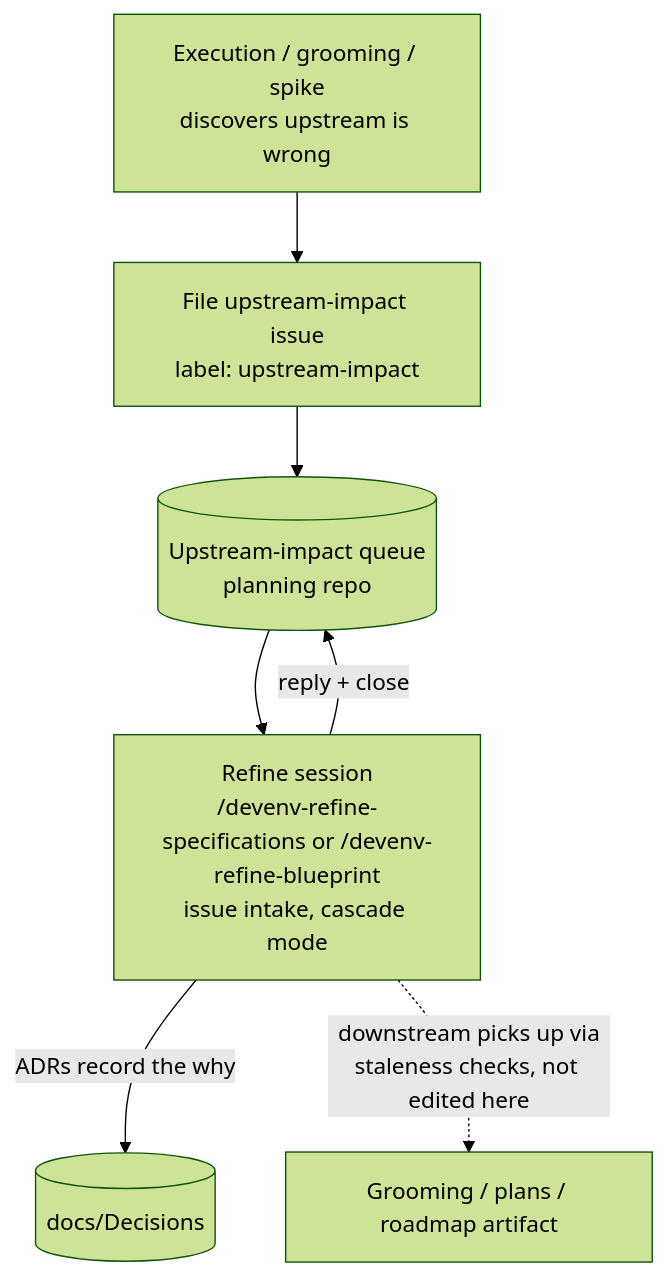
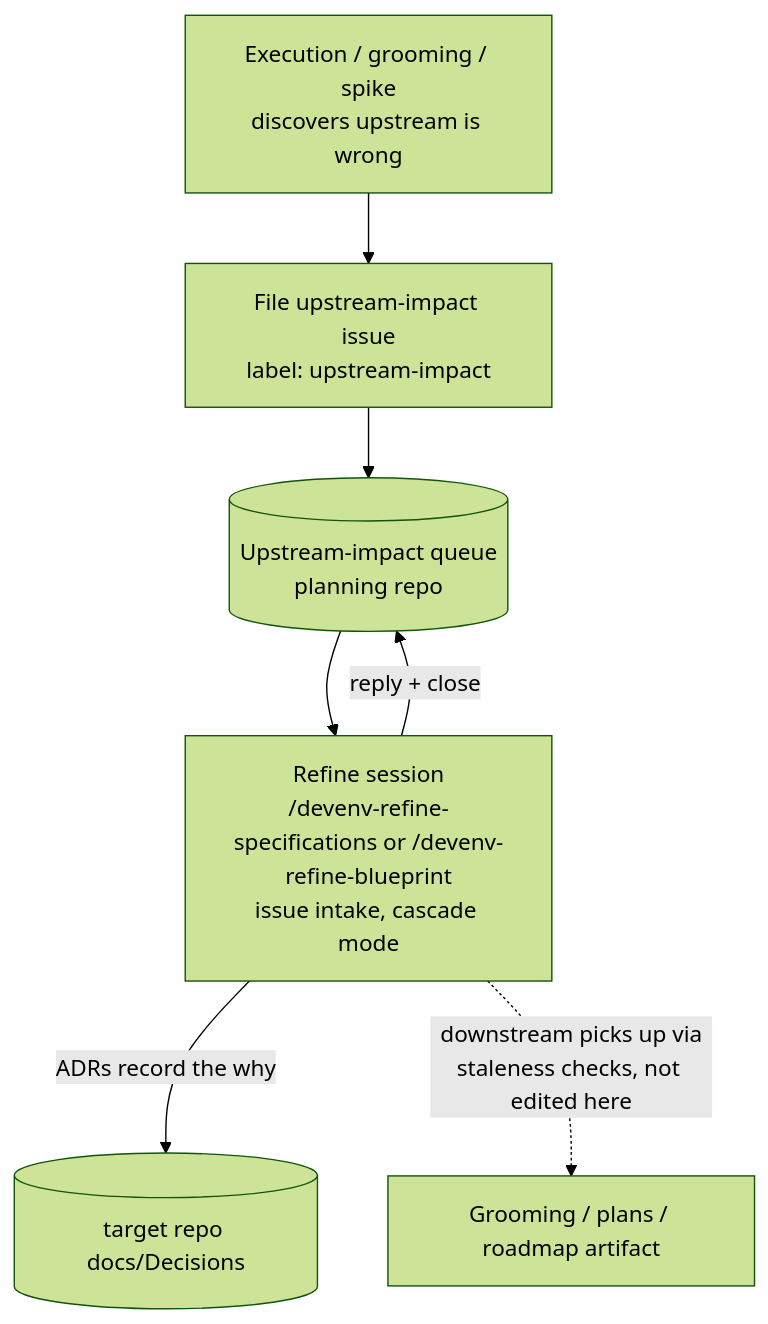
Before and after one commit to workinprogress-ai/devenv: the third of 5 diagrams in docs/Workflow.md, drawn with Mermaid (forest theme). The commit also changed other lines of this file and 81 other files, not shown here.

````diff
--- a/docs/Workflow.md
+++ b/docs/Workflow.md
@@ -463,9 +463,9 @@
 ```mermaid
 flowchart TD
     EX[Execution / grooming / spike<br/>discovers upstream is wrong] --> FILE[File upstream-impact issue<br/>label: upstream-impact]
     FILE --> QUEUE[(Upstream-impact queue<br/>planning repo)]
     QUEUE --> REF["Refine session<br/>/devenv-refine-specifications or /devenv-refine-blueprint<br/>issue intake, cascade mode"]
     REF -->|reply + close| QUEUE
-    REF -->|ADRs record the why| ADR[(docs/Decisions)]
+    REF -->|ADRs record the why| ADR[(target repo docs/Decisions)]
     REF -.->|"downstream picks up via<br/>staleness checks, not edited here"| DOWN[Grooming / plans / roadmap artifact]
 ```
````
